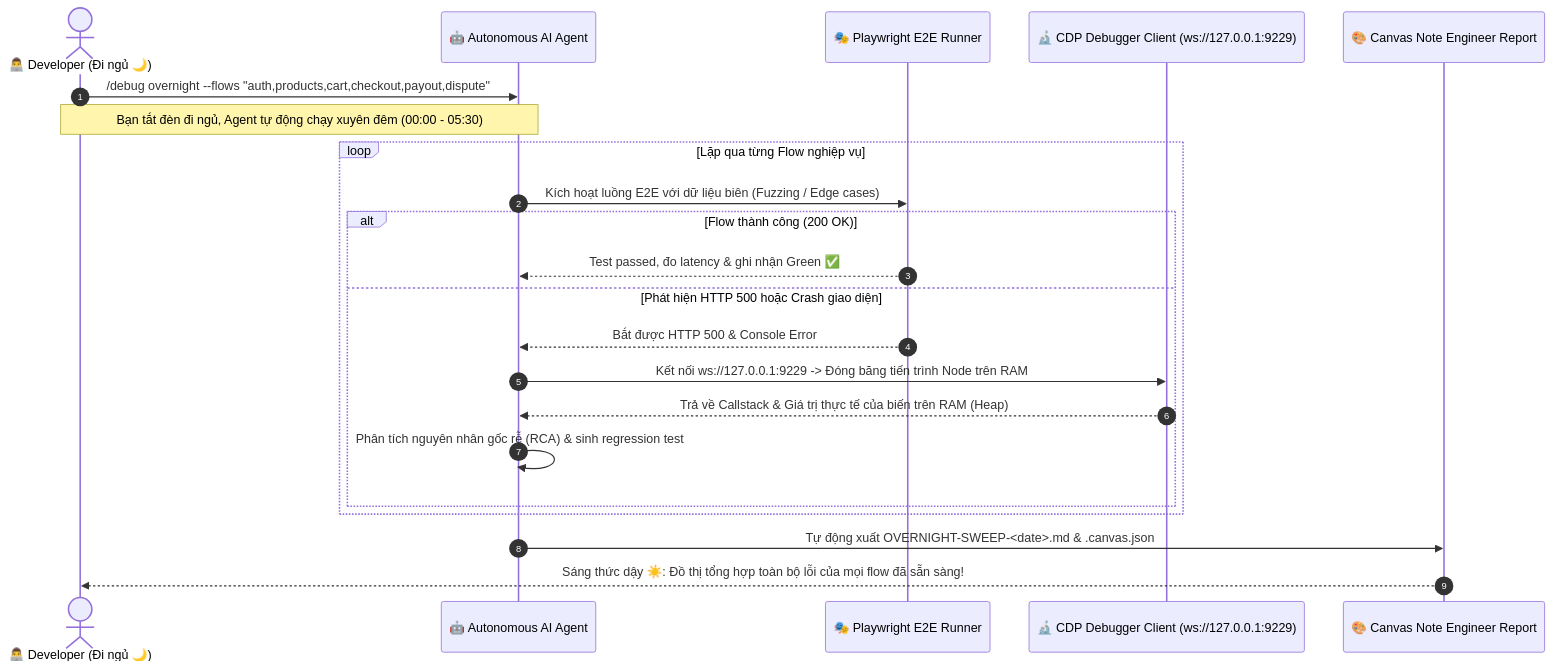
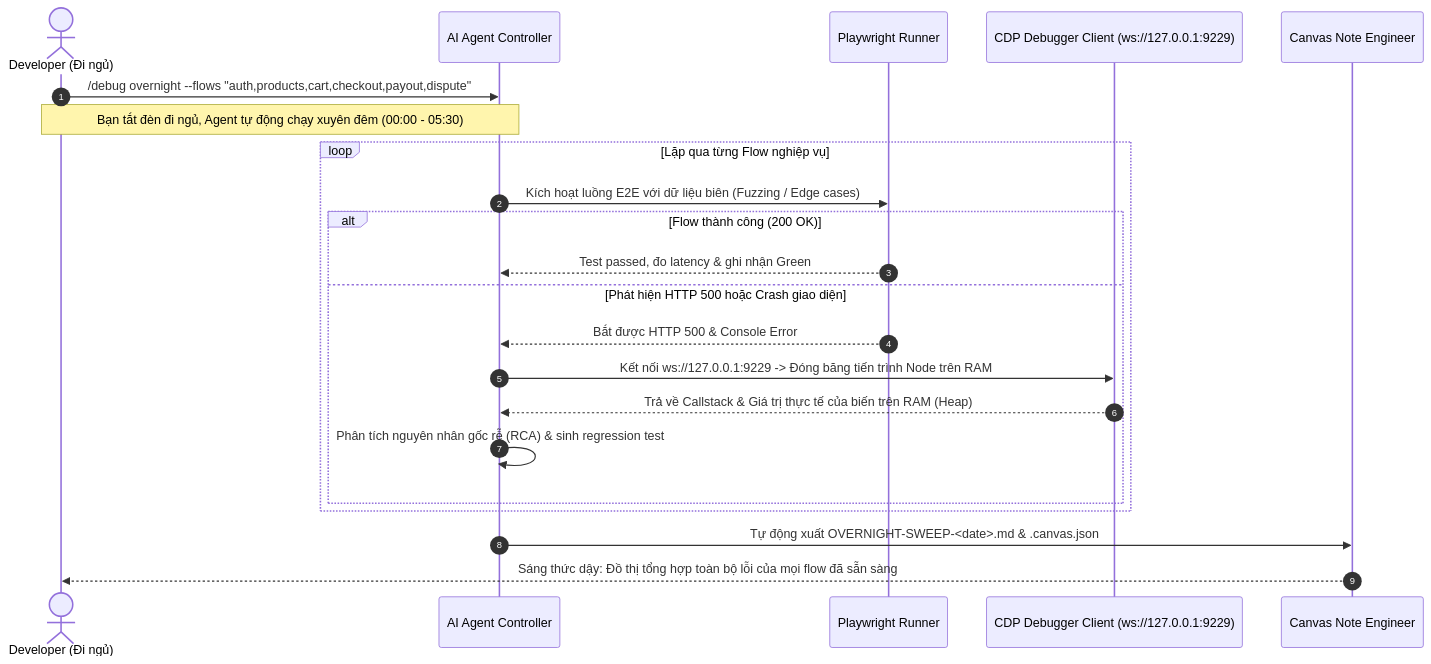
Before and after one commit to justpassingByte/agentic-test-ops: the third of 6 diagrams in README.md, drawn with Mermaid. The commit also changed other lines of this file, not shown here.

````diff
--- a/README.md
+++ b/README.md
@@ -203,25 +144,25 @@
 ```mermaid
 sequenceDiagram
     autonumber
-    actor Dev as 👨‍💻 Developer (Đi ngủ 🌙)
-    participant Agent as 🤖 Autonomous AI Agent
-    participant Browser as 🎭 Playwright E2E Runner
-    participant CDP as 🔬 CDP Debugger Client (ws://127.0.0.1:9229)
-    participant Canvas as 🎨 Canvas Note Engineer Report
+    actor Dev as Developer (Đi ngủ)
+    participant Agent as AI Agent Controller
+    participant Browser as Playwright Runner
+    participant CDP as CDP Debugger Client (ws://127.0.0.1:9229)
+    participant Canvas as Canvas Note Engineer
 
     Dev->>Agent: /debug overnight --flows "auth,products,cart,checkout,payout,dispute"
     Note over Dev,Agent: Bạn tắt đèn đi ngủ, Agent tự động chạy xuyên đêm (00:00 - 05:30)
     loop Lặp qua từng Flow nghiệp vụ
         Agent->>Browser: Kích hoạt luồng E2E với dữ liệu biên (Fuzzing / Edge cases)
         alt Flow thành công (200 OK)
-            Browser-->>Agent: Test passed, đo latency & ghi nhận Green ✅
+            Browser-->>Agent: Test passed, đo latency & ghi nhận Green
         else Phát hiện HTTP 500 hoặc Crash giao diện
             Browser-->>Agent: Bắt được HTTP 500 & Console Error
             Agent->>CDP: Kết nối ws://127.0.0.1:9229 -> Đóng băng tiến trình Node trên RAM
             CDP-->>Agent: Trả về Callstack & Giá trị thực tế của biến trên RAM (Heap)
             Agent->>Agent: Phân tích nguyên nhân gốc rễ (RCA) & sinh regression test
         end
     end
     Agent->>Canvas: Tự động xuất OVERNIGHT-SWEEP-<date>.md & .canvas.json
-    Canvas-->>Dev: Sáng thức dậy ☀️: Đồ thị tổng hợp toàn bộ lỗi của mọi flow đã sẵn sàng!
+    Canvas-->>Dev: Sáng thức dậy: Đồ thị tổng hợp toàn bộ lỗi của mọi flow đã sẵn sàng
 ```
````
